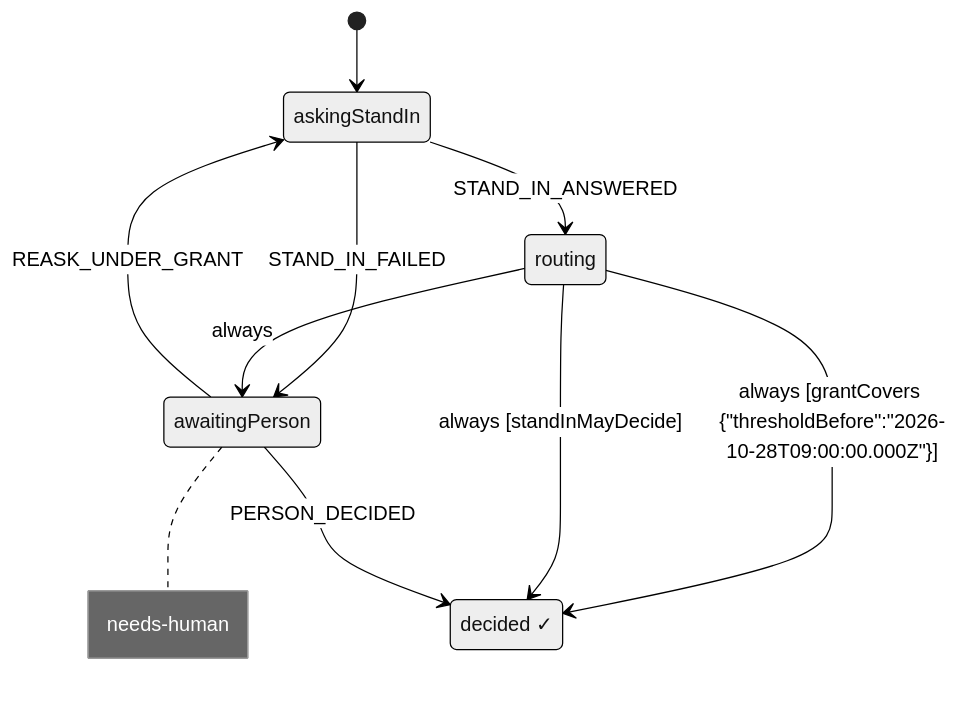
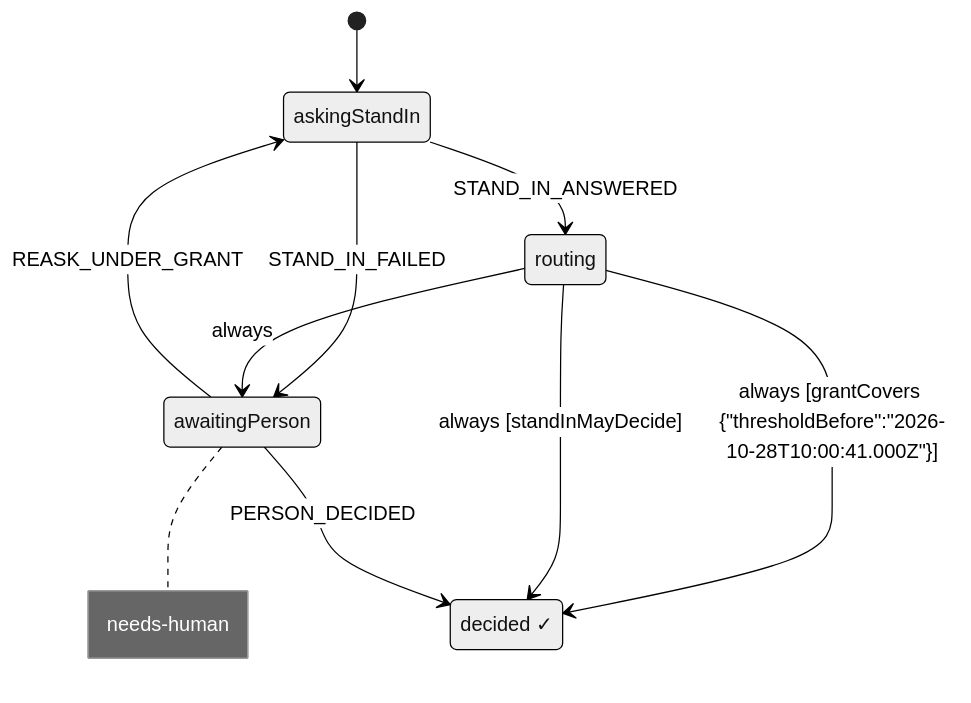
Before and after one commit to suredesigntshirts/ccp_machine: the second of 6 diagrams in packages/harness/spec/SPEC.md, drawn with Mermaid (neutral theme). The commit also changed other lines of this file and 4 other files, not shown here.

````diff
--- a/packages/harness/spec/SPEC.md
+++ b/packages/harness/spec/SPEC.md
@@ -49,16 +49,16 @@
 ```mermaid
 stateDiagram-v2
   state "askingStandIn" as askingStandIn
   state "routing" as routing
   state "awaitingPerson" as awaitingPerson
   note right of awaitingPerson : needs-human
   state "decided ✓" as decided
   [*] --> askingStandIn
   askingStandIn --> routing : STAND_IN_ANSWERED
   askingStandIn --> awaitingPerson : STAND_IN_FAILED
-  routing --> decided : always [grantCovers {"thresholdBefore":"2026-10-28T09:00:00.000Z"}]
+  routing --> decided : always [grantCovers {"thresholdBefore":"2026-10-28T10:00:41.000Z"}]
   routing --> decided : always [standInMayDecide]
   routing --> awaitingPerson : always
   awaitingPerson --> decided : PERSON_DECIDED
   awaitingPerson --> askingStandIn : REASK_UNDER_GRANT
 ```
````
